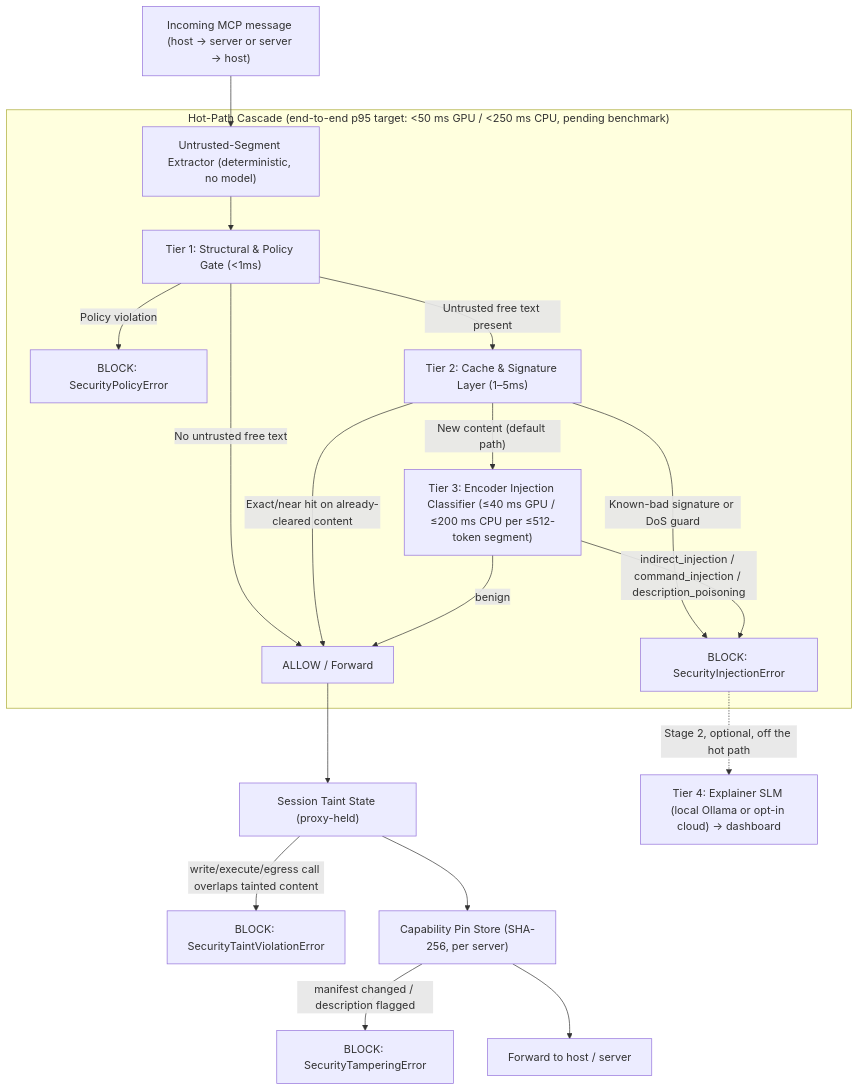
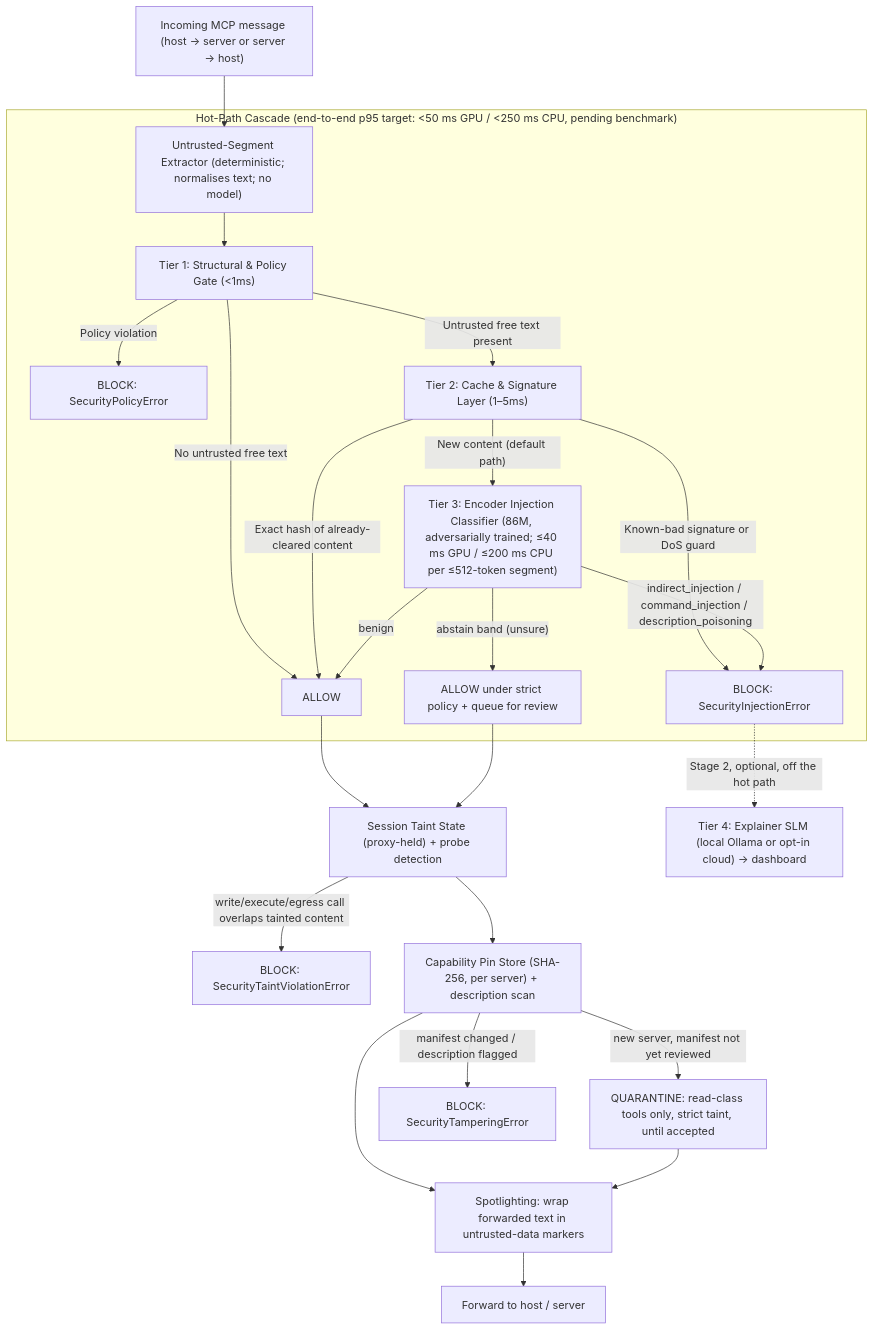
The diagram in 02 - System Architecture & Technical Implementation.md (rishikeshvarma/MCP-Shield), drawn with Mermaid before and after one commit. The commit also changed other lines of this file and 6 other files, not shown here.

First line of the commit message:
Re-sync every cascade diagram and the README with the current design

````diff
--- a/02 - System Architecture & Technical Implementation.md
+++ b/02 - System Architecture & Technical Implementation.md
@@ -100,23 +100,28 @@
 ```mermaid
 graph TD
-    In["Incoming MCP message (host → server or server → host)"] --> Ext["Untrusted-Segment Extractor (deterministic, no model)"]
+    In["Incoming MCP message (host → server or server → host)"] --> Ext["Untrusted-Segment Extractor (deterministic; normalises text; no model)"]
 
     subgraph Cascade["Hot-Path Cascade (end-to-end p95 target: <50 ms GPU / <250 ms CPU, pending benchmark)"]
         Ext --> T1["Tier 1: Structural & Policy Gate (<1ms)"]
         T1 -->|"Policy violation"| Deny1["BLOCK: SecurityPolicyError"]
         T1 -->|"No untrusted free text"| Pass
         T1 -->|"Untrusted free text present"| T2["Tier 2: Cache & Signature Layer (1–5ms)"]
-        T2 -->|"Exact/near hit on already-cleared content"| Pass["ALLOW / Forward"]
+        T2 -->|"Exact hash of already-cleared content"| Pass["ALLOW"]
         T2 -->|"Known-bad signature or DoS guard"| Deny2["BLOCK: SecurityInjectionError"]
-        T2 -->|"New content (default path)"| T3["Tier 3: Encoder Injection Classifier (≤40 ms GPU / ≤200 ms CPU per ≤512-token segment)"]
+        T2 -->|"New content (default path)"| T3["Tier 3: Encoder Injection Classifier (86M, adversarially trained; ≤40 ms GPU / ≤200 ms CPU per ≤512-token segment)"]
         T3 -->|"benign"| Pass
+        T3 -->|"abstain band (unsure)"| Abst["ALLOW under strict policy + queue for review"]
         T3 -->|"indirect_injection / command_injection / description_poisoning"| Deny2
     end
 
-    Pass --> Taint["Session Taint State (proxy-held)"]
+    Pass --> Taint["Session Taint State (proxy-held) + probe detection"]
+    Abst --> Taint
     Taint -->|"write/execute/egress call overlaps tainted content"| Deny3["BLOCK: SecurityTaintViolationError"]
-    Taint --> Pin["Capability Pin Store (SHA-256, per server)"]
+    Taint --> Pin["Capability Pin Store (SHA-256, per server) + description scan"]
+    Pin -->|"new server, manifest not yet reviewed"| Quar["QUARANTINE: read-class tools only, strict taint, until accepted"]
     Pin -->|"manifest changed / description flagged"| Deny4["BLOCK: SecurityTamperingError"]
-    Pin --> Out["Forward to host / server"]
+    Pin --> Spot["Spotlighting: wrap forwarded text in untrusted-data markers"]
+    Quar --> Spot
+    Spot --> Out["Forward to host / server"]
     Deny2 -.->|"Stage 2, optional, off the hot path"| T4["Tier 4: Explainer SLM (local Ollama or opt-in cloud) → dashboard"]
 ```
````
